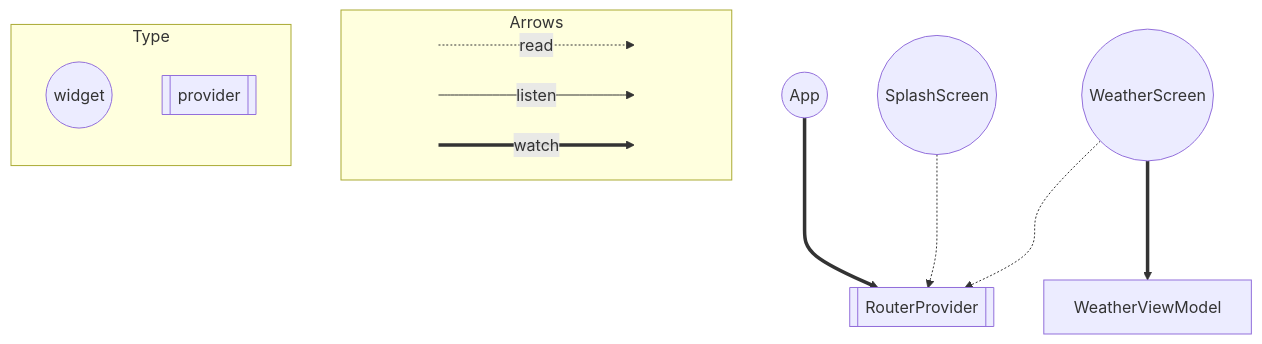
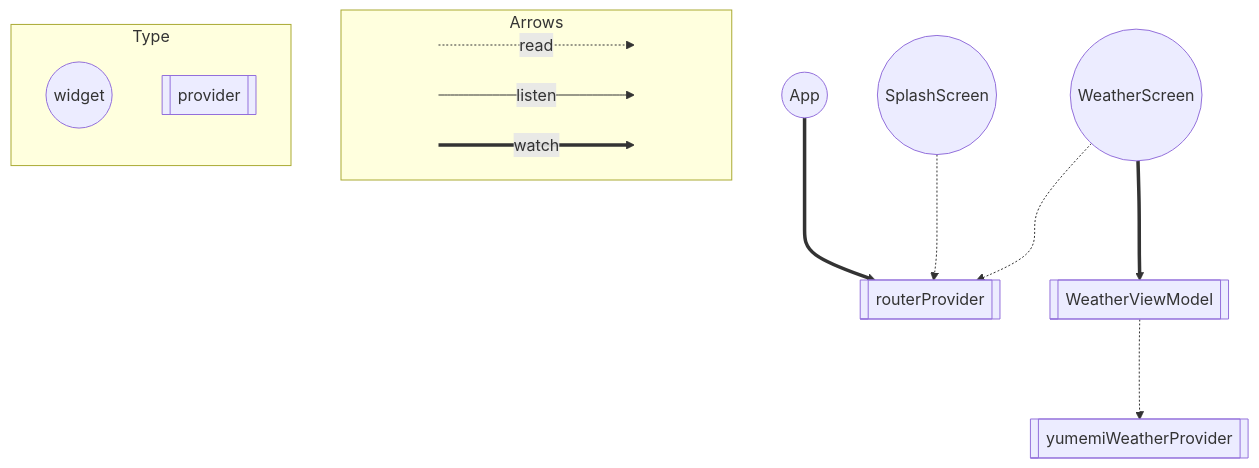
The diagram in ARCHTECTURE.md (YumNumm/flutter-training), drawn with Mermaid before and after one commit.

Commit message:
fix: ARCHTECTURE.md

````diff
--- a/ARCHTECTURE.md
+++ b/ARCHTECTURE.md
@@ -3,34 +3,38 @@
 ```mermaid
 flowchart TB
   subgraph Arrows
     direction LR
     start1[ ] -..->|read| stop1[ ]
     style start1 height:0px;
     style stop1 height:0px;
     start2[ ] --->|listen| stop2[ ]
     style start2 height:0px;
     style stop2 height:0px;
     start3[ ] ===>|watch| stop3[ ]
     style start3 height:0px;
     style stop3 height:0px;
   end
 
   subgraph Type
     direction TB
     ConsumerWidget((widget));
     Provider[[provider]];
   end
 
   App((App));
-  App ===> RouterProvider;
+  App ===> routerProvider;
+
+  weatherViewModel[[WeatherViewModel]];
 
   WeatherScreen((WeatherScreen));
-  WeatherScreen ===>  WeatherViewModel;
-  RouterProvider[[RouterProvider]];
+  WeatherScreen ===>  weatherViewModel;
+  routerProvider[[routerProvider]];
+  yumemiWeatherProvider[[yumemiWeatherProvider]];
+  weatherViewModel -..-> yumemiWeatherProvider;
 
   SplashScreen((SplashScreen));
 
-  SplashScreen -..->  RouterProvider;
-  WeatherScreen -..->  RouterProvider;
+  SplashScreen -..->  routerProvider;
+  WeatherScreen -..->  routerProvider;
 
 ```
````
